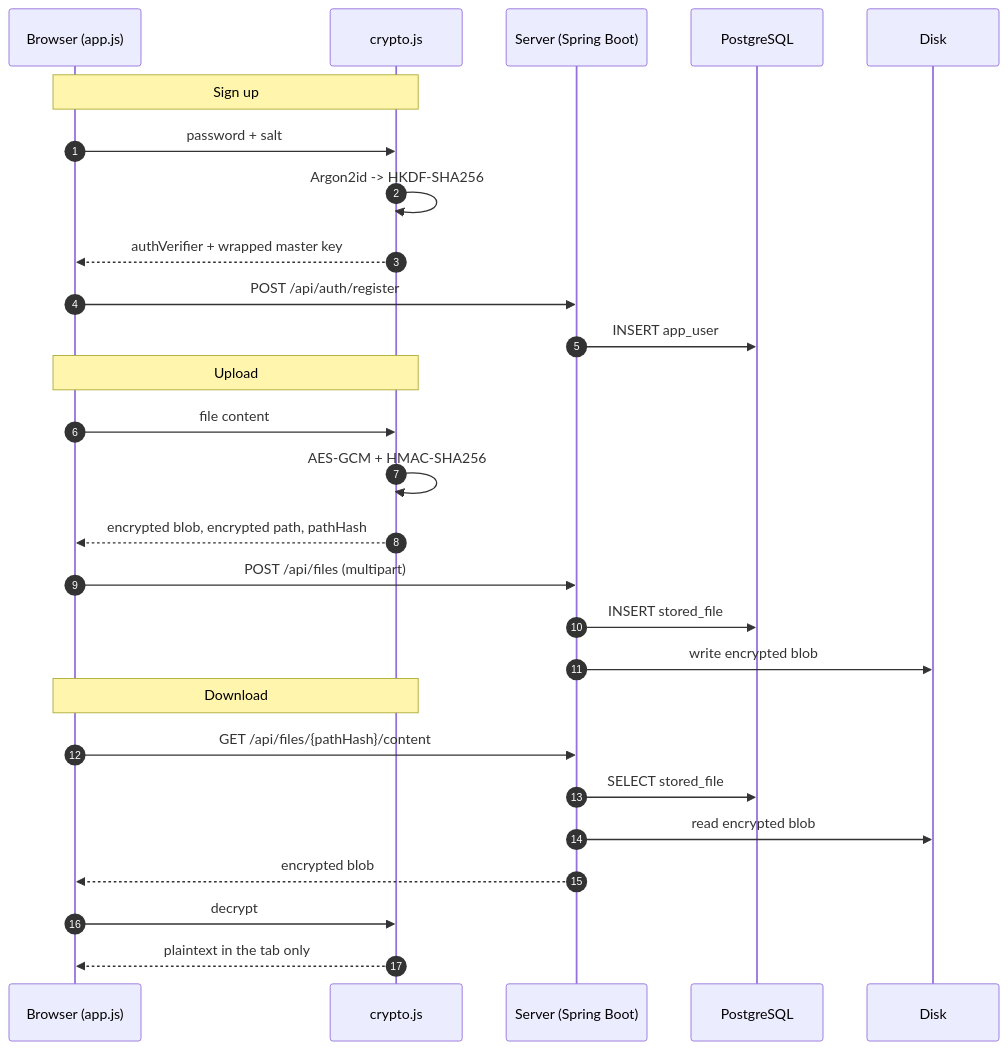
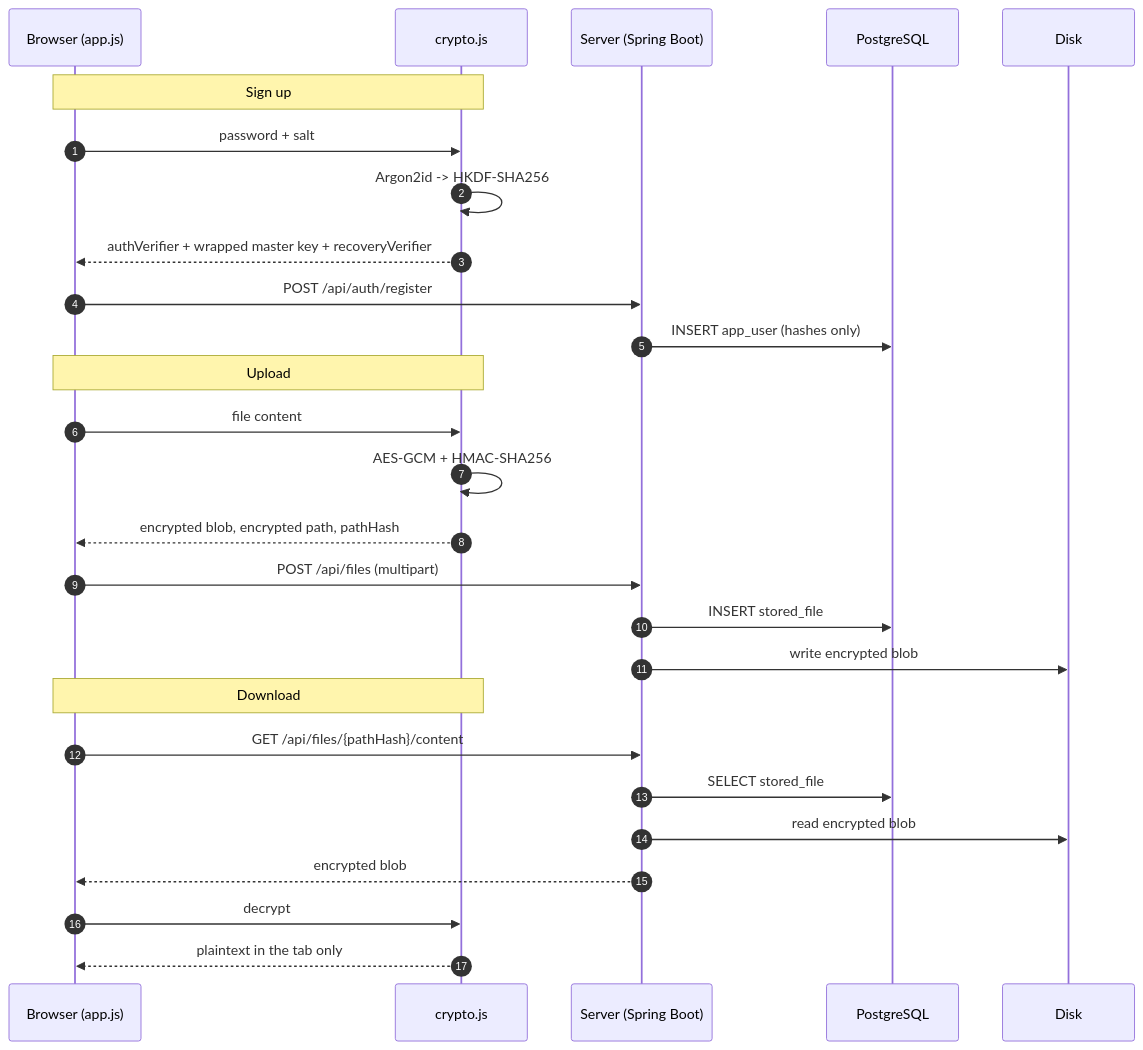
Before and after one commit to AfroMurzynLover69/SkyVaultV2: the second of 2 diagrams in README.md, drawn with Mermaid. The commit also changed other lines of this file and 16 other files, not shown here.

````diff
--- a/README.md
+++ b/README.md
@@ -120,32 +120,32 @@
 ```mermaid
 sequenceDiagram
     autonumber
     participant U as Browser (app.js)
     participant C as crypto.js
     participant S as Server (Spring Boot)
     participant DB as PostgreSQL
     participant D as Disk
 
     Note over U,C: Sign up
     U->>C: password + salt
     C->>C: Argon2id -> HKDF-SHA256
-    C-->>U: authVerifier + wrapped master key
+    C-->>U: authVerifier + wrapped master key + recoveryVerifier
     U->>S: POST /api/auth/register
-    S->>DB: INSERT app_user
+    S->>DB: INSERT app_user (hashes only)
 
     Note over U,C: Upload
     U->>C: file content
     C->>C: AES-GCM + HMAC-SHA256
     C-->>U: encrypted blob, encrypted path, pathHash
     U->>S: POST /api/files (multipart)
     S->>DB: INSERT stored_file
     S->>D: write encrypted blob
 
     Note over U,C: Download
     U->>S: GET /api/files/{pathHash}/content
     S->>DB: SELECT stored_file
     S->>D: read encrypted blob
     S-->>U: encrypted blob
     U->>C: decrypt
     C-->>U: plaintext in the tab only
 ```
````
